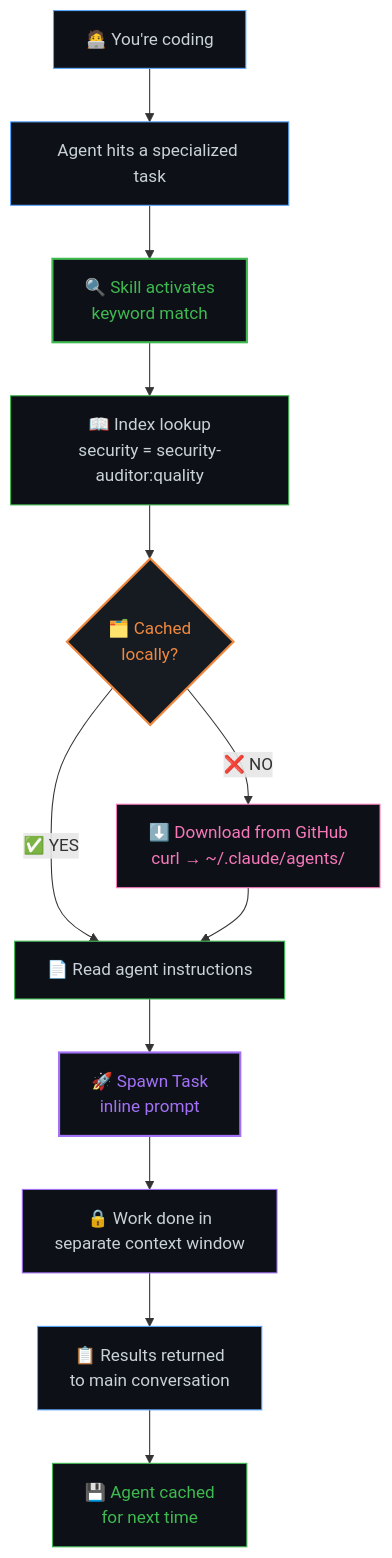
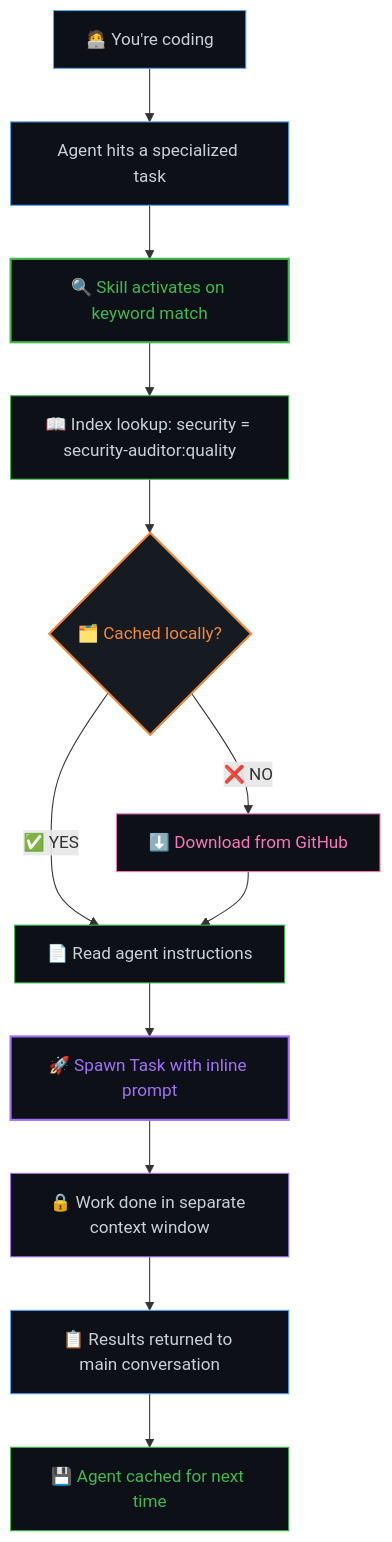
One commit to userFRM/agent-dispatch changed the diagram in README.md. Above: the diagram before and after it, drawn with Mermaid.

Commit message:
Fix Mermaid literal \n rendering
Removed \n from node labels — GitHub Mermaid renders them as
literal text instead of line breaks.

````diff
--- a/README.md
+++ b/README.md
@@ -17,29 +17,29 @@
 ```mermaid
 flowchart TD
     A["🧑‍💻 You're coding"] --> B["Agent hits a specialized task"]
-    B --> C["🔍 Skill activates\n keyword match"]
+    B --> C["🔍 Skill activates on keyword match"]
 
-    C --> D["📖 Index lookup\nsecurity = security-auditor:quality"]
-    D --> E{"🗂️ Cached\nlocally?"}
+    C --> D["📖 Index lookup: security = security-auditor:quality"]
+    D --> E{"🗂️ Cached locally?"}
 
     E -- "✅ YES" --> G["📄 Read agent instructions"]
-    E -- "❌ NO" --> F["⬇️ Download from GitHub\ncurl → ~/.claude/agents/"]
+    E -- "❌ NO" --> F["⬇️ Download from GitHub"]
     F --> G
 
-    G --> H["🚀 Spawn Task\ninline prompt"]
-    H --> I["🔒 Work done in\nseparate context window"]
-    I --> J["📋 Results returned\nto main conversation"]
-    J --> K["💾 Agent cached\nfor next time"]
+    G --> H["🚀 Spawn Task with inline prompt"]
+    H --> I["🔒 Work done in separate context window"]
+    I --> J["📋 Results returned to main conversation"]
+    J --> K["💾 Agent cached for next time"]
 
     style A fill:#0d1117,stroke:#58a6ff,color:#c9d1d9
     style B fill:#0d1117,stroke:#58a6ff,color:#c9d1d9
     style C fill:#0d1117,stroke:#3fb950,color:#3fb950,stroke-width:2px
     style D fill:#0d1117,stroke:#3fb950,color:#c9d1d9
     style E fill:#161b22,stroke:#f0883e,color:#f0883e,stroke-width:2px
     style F fill:#0d1117,stroke:#f778ba,color:#f778ba
     style G fill:#0d1117,stroke:#3fb950,color:#c9d1d9
     style H fill:#0d1117,stroke:#a371f7,color:#a371f7,stroke-width:2px
     style I fill:#0d1117,stroke:#a371f7,color:#c9d1d9
     style J fill:#0d1117,stroke:#58a6ff,color:#c9d1d9
     style K fill:#0d1117,stroke:#3fb950,color:#3fb950
 ```
````
